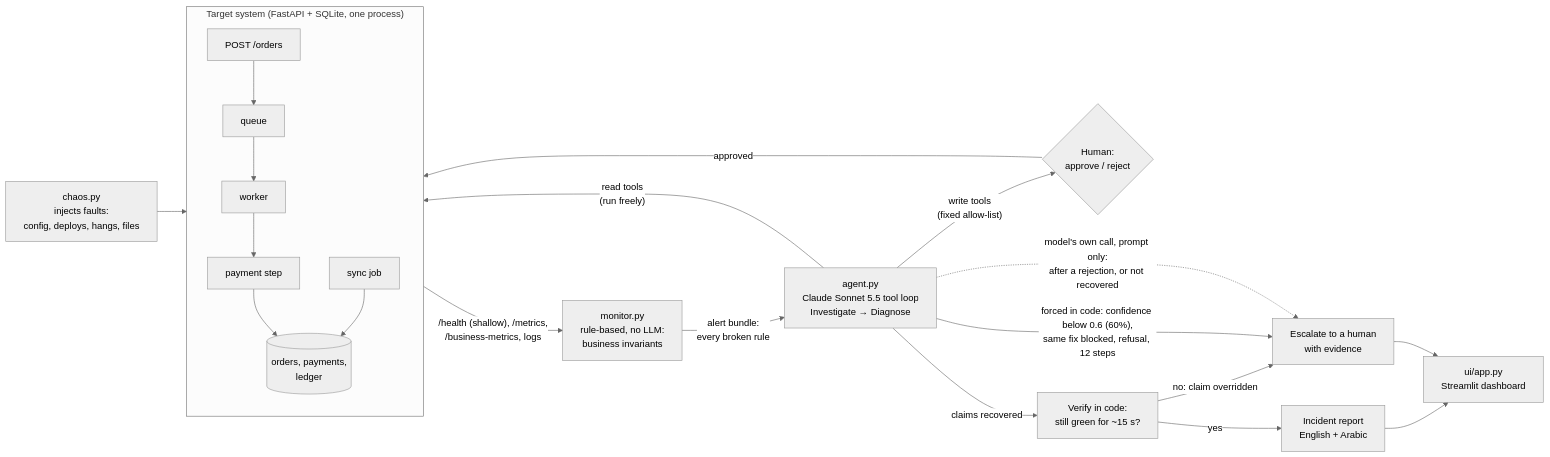
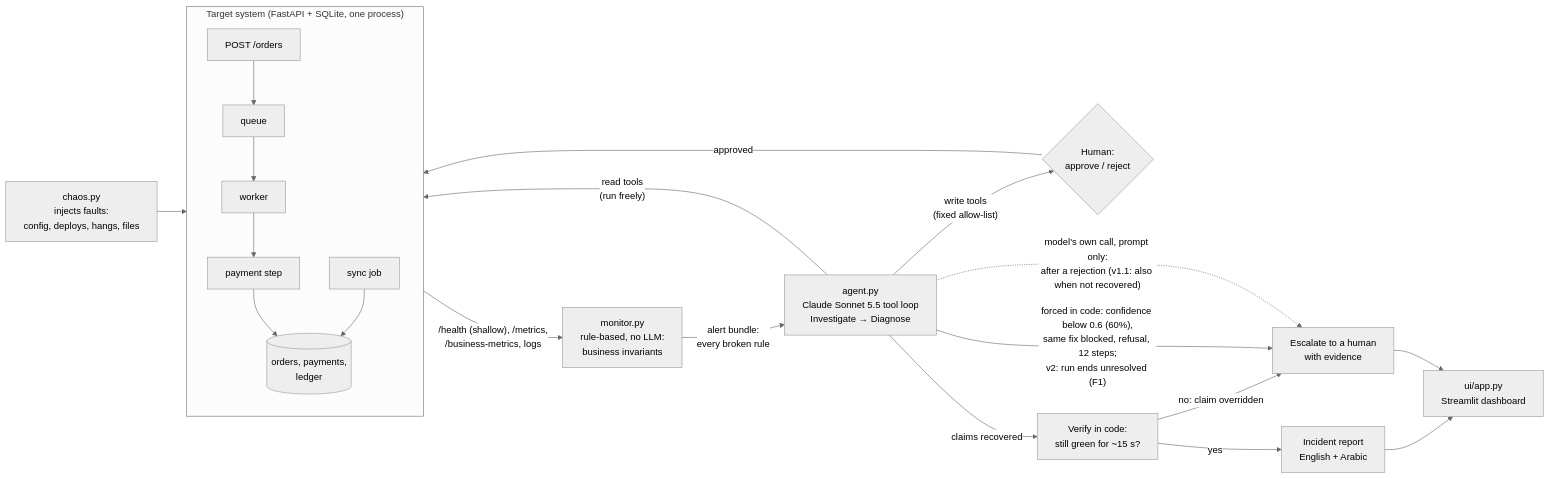
The diagram in README.md (Ba062/recovery-agent), drawn with Mermaid (neutral theme) before and after one commit. The commit also changed other lines of this file and 1 other file, not shown here.

Commit message:
README: version line, v2 notes (F1, F2 partly addressed, F7), v1.1-vs-v2 outcome table; tests: locked-DB check Windows-only (CI)

````diff
--- a/README.md
+++ b/README.md
@@ -85,21 +89,21 @@
 ```mermaid
 flowchart LR
     chaos["chaos.py<br/>injects faults:<br/>config, deploys, hangs, files"] --> svc
     subgraph svc["Target system (FastAPI + SQLite, one process)"]
         direction TB
         api["POST /orders"] --> q["queue"] --> w["worker"] --> pay["payment step"] --> db[("orders, payments,<br/>ledger")]
         sync["sync job"] --> db
     end
     svc -- "/health (shallow), /metrics,<br/>/business-metrics, logs" --> mon["monitor.py<br/>rule-based, no LLM:<br/>business invariants"]
     mon -- "alert bundle:<br/>every broken rule" --> agent["agent.py<br/>Claude Sonnet 5.5 tool loop<br/>Investigate → Diagnose"]
     agent -- "read tools<br/>(run freely)" --> svc
     agent -- "write tools<br/>(fixed allow-list)" --> human{"Human:<br/>approve / reject"}
     human -- approved --> svc
     agent -- "claims recovered" --> verify["Verify in code:<br/>still green for ~15 s?"]
     verify -- "yes" --> report["Incident report<br/>English + Arabic"]
     verify -- "no: claim overridden" --> esc["Escalate to a human<br/>with evidence"]
-    agent -- "forced in code: confidence below 0.6 (60%),<br/>same fix blocked, refusal, 12 steps" --> esc
-    agent -.->|"model's own call, prompt only:<br/>after a rejection, or not recovered"| esc
+    agent -- "forced in code: confidence below 0.6 (60%),<br/>same fix blocked, refusal, 12 steps;<br/>v2: run ends unresolved (F1)" --> esc
+    agent -.->|"model's own call, prompt only:<br/>after a rejection (v1.1: also when not recovered)"| esc
     report --> ui["ui/app.py<br/>Streamlit dashboard"]
     esc --> ui
 ```
````
